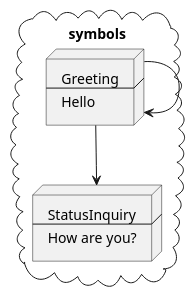
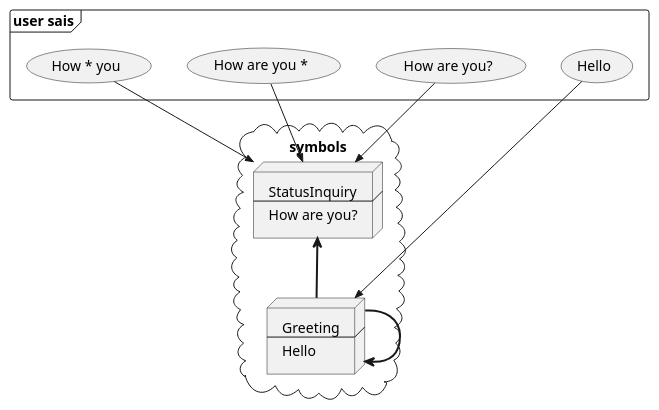
Diagram 26 of 27 in thesis/thesis.org (jappeace/methods-homework), drawn with PlantUML before and after one commit. The commit also changed other lines of this file, not shown here.

```diff
--- a/thesis/thesis.org
+++ b/thesis/thesis.org
@@ -4401,18 +4403,30 @@
 #+BEGIN_SRC plantuml :cache yes :file img/uml/dep:connections.png :exports results
-cloud "symbols"{
-  node Greeting [
-    Greeting
-    ----
-    Hello
-  ]
-  node StatusInquiry[
-    StatusInquiry
-    ----
-    How are you?
-  ]
-}
 
-Greeting -> Greeting
-Greeting --> StatusInquiry
+  frame "user sais"{
+    usecase "How are you?" as howq
+    usecase "How are you *" as how
+    usecase "How * you" as howstar
+    usecase Hello
+  }
 
+  cloud "symbols"{
+    node StatusInquiry[
+      StatusInquiry
+      ----
+      How are you?
+    ]
+    node Greeting [
+      Greeting
+      ----
+      Hello
+    ]
+  }
+
+  Greeting => Greeting
+  Greeting =up=> StatusInquiry
+
+  how -->> StatusInquiry
+  howq -->> StatusInquiry
+  howstar -->> StatusInquiry
+  Hello -->> Greeting
 #+END_SRC
```
